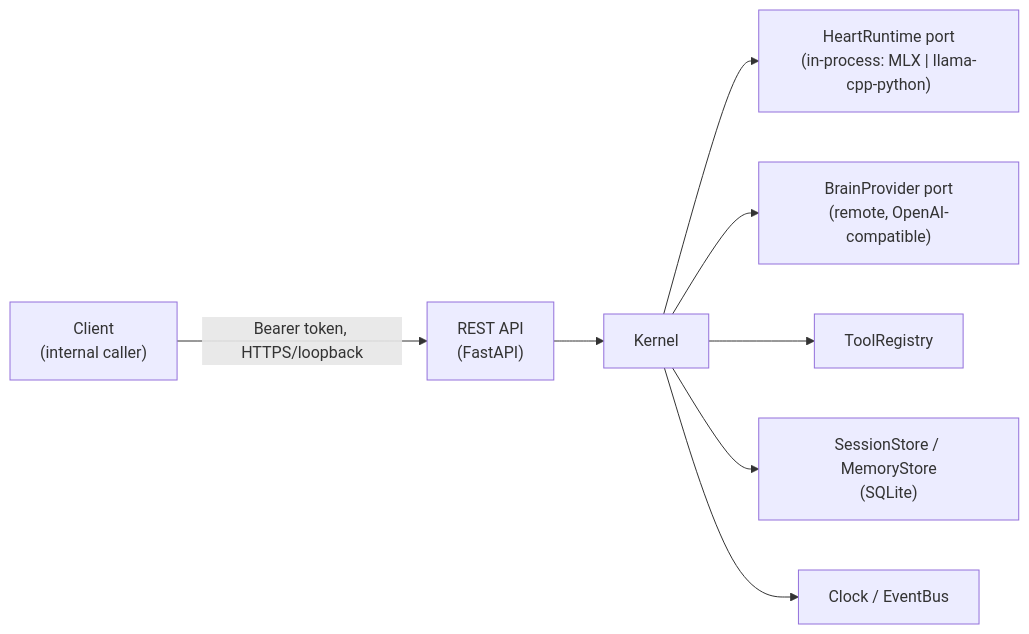
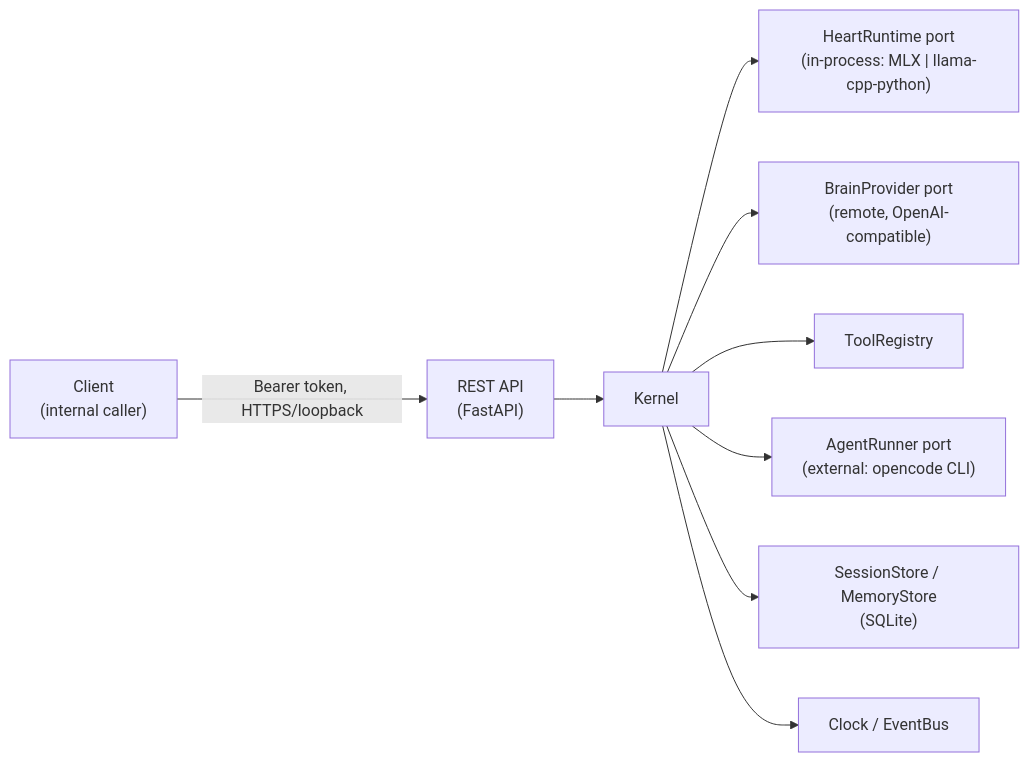
One commit to giacchetta/ansina changed the first of 2 diagrams in docs/architecture/blueprint.md. Above: the diagram before and after it, drawn with Mermaid. The commit also changed other lines of this file and 15 other files, not shown here.

Commit message:
feat: AgentRunner port + OpencodeCliRunner: one-shot opencode run --format json

````diff
--- a/docs/architecture/blueprint.md
+++ b/docs/architecture/blueprint.md
@@ -125,10 +126,11 @@
 ```mermaid
 flowchart LR
     Client["Client\n(internal caller)"] -->|Bearer token, HTTPS/loopback| API["REST API\n(FastAPI)"]
     API --> Kernel["Kernel"]
     Kernel --> Heart["HeartRuntime port\n(in-process: MLX | llama-cpp-python)"]
     Kernel --> Brain["BrainProvider port\n(remote, OpenAI-compatible)"]
     Kernel --> Tools["ToolRegistry"]
+    Kernel --> Hands["AgentRunner port\n(external: opencode CLI)"]
     Kernel --> Store["SessionStore / MemoryStore\n(SQLite)"]
     Kernel --> Clock["Clock / EventBus"]
 ```
````
